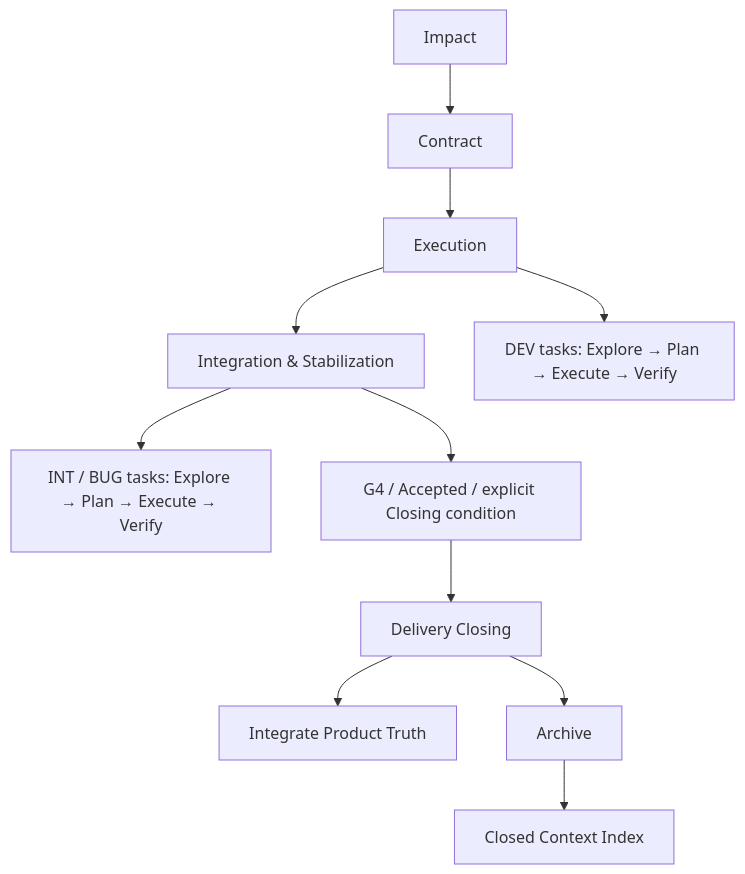
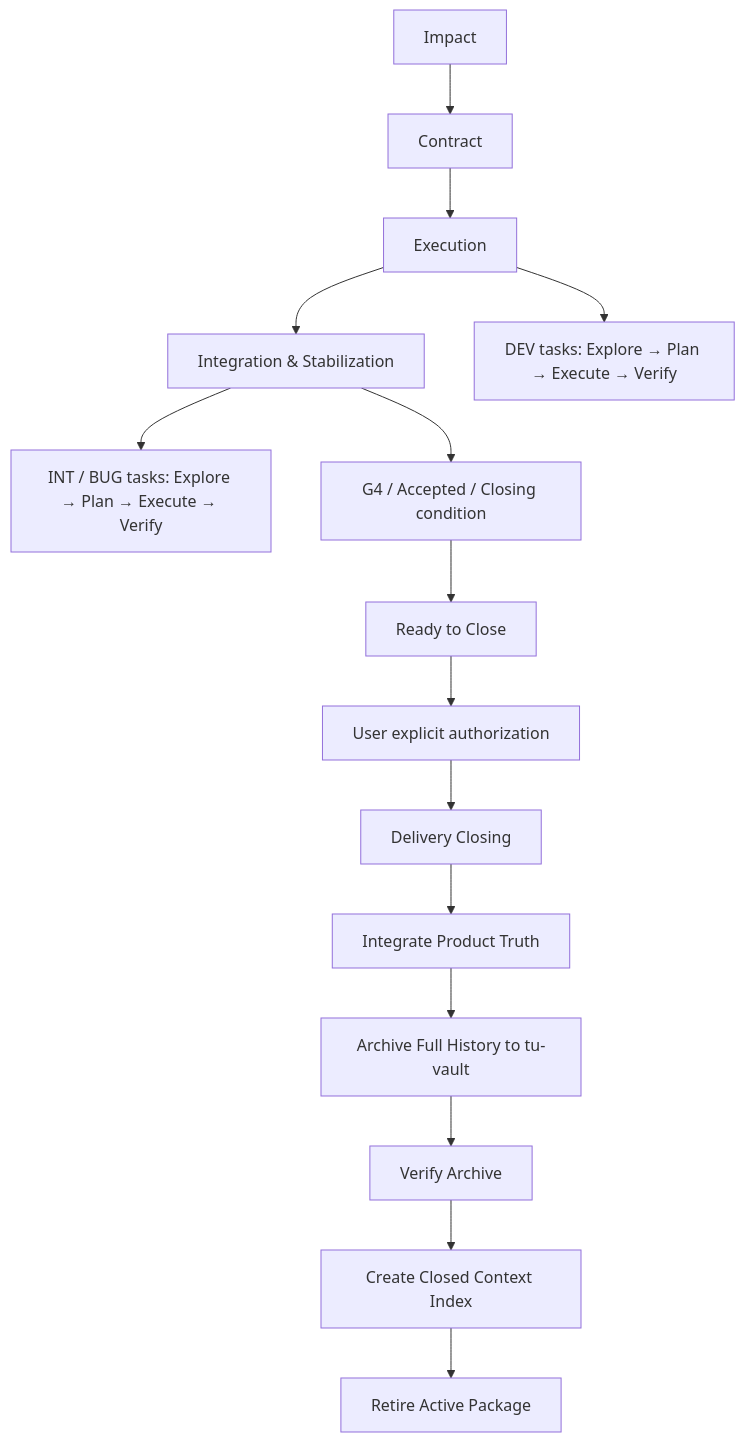
Before and after one commit to cnxutu/tu-engineering-workbench: the diagram in docs/workflows/feature-delivery/README.md, drawn with Mermaid. The commit also changed other lines of this file and 23 other files, not shown here.

````diff
--- a/docs/workflows/feature-delivery/README.md
+++ b/docs/workflows/feature-delivery/README.md
@@ -140,11 +140,15 @@
 ```mermaid
 flowchart TD
     I[Impact] --> C[Contract] --> E[Execution] --> S[Integration & Stabilization]
     E --> D[DEV tasks: Explore → Plan → Execute → Verify]
     S --> T[INT / BUG tasks: Explore → Plan → Execute → Verify]
-    S --> G[G4 / Accepted / explicit Closing condition]
-    G --> DC[Delivery Closing]
+    S --> G[G4 / Accepted / Closing condition]
+    G --> R[Ready to Close]
+    R --> U[User explicit authorization]
+    U --> DC[Delivery Closing]
     DC --> IP[Integrate Product Truth]
-    DC --> A[Archive]
-    A --> CI[Closed Context Index]
+    IP --> A[Archive Full History to tu-vault]
+    A --> VA[Verify Archive]
+    VA --> CI[Create Closed Context Index]
+    CI --> RA[Retire Active Package]
 ```
````
